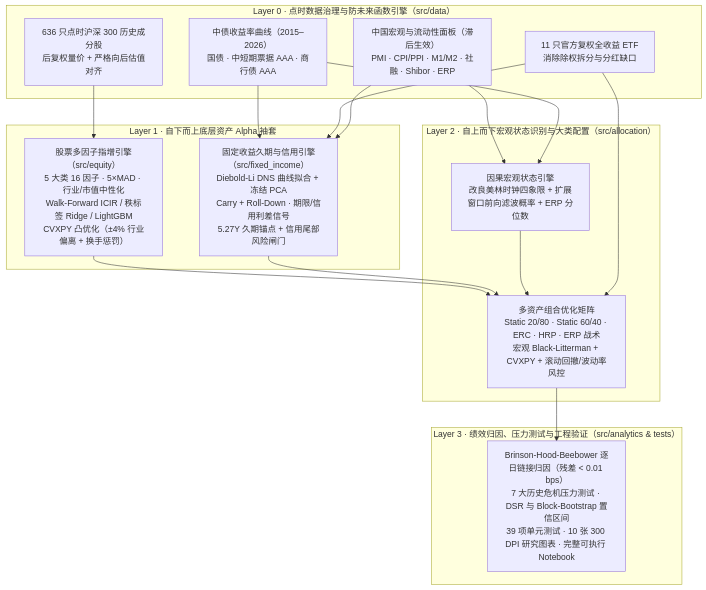
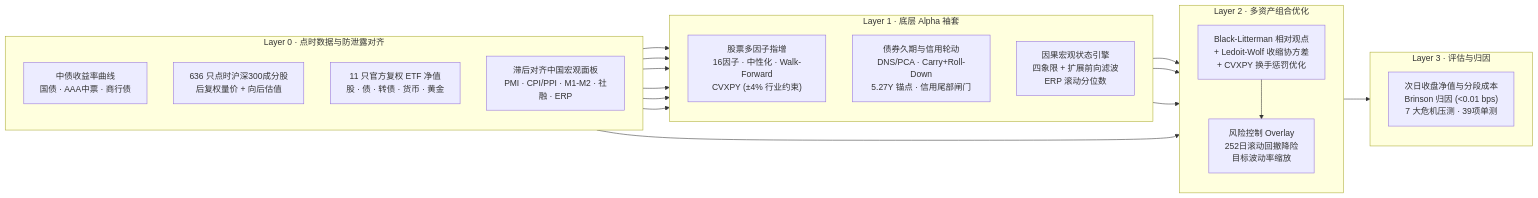
One commit to DRiaton/china-multi-asset-quant changed the diagram in README.md. Above: the diagram before and after it, drawn with Mermaid. The commit also changed other lines of this file and 11 other files, not shown here.

Commit message:
docs(frontend): add bespoke hero banner, streamline README to final release, polish chart titles

````diff
--- a/README.md
+++ b/README.md
@@ -51,35 +79,41 @@
 ```mermaid
-flowchart TD
-    subgraph L0["Layer 0 · 点时数据治理与防未来函数引擎（src/data）"]
-        A1["中债收益率曲线（2015–2026）<br/>国债 · 中短期票据 AAA · 商行债 AAA"]
-        A2["636 只点时沪深 300 历史成分股<br/>后复权量价 + 严格向后估值对齐"]
-        A3["11 只官方复权全收益 ETF<br/>消除除权拆分与分红缺口"]
-        A4["中国宏观与流动性面板（滞后生效）<br/>PMI · CPI/PPI · M1/M2 · 社融 · Shibor · ERP"]
+flowchart LR
+    subgraph DATA["Layer 0 · 点时数据与防泄露对齐"]
+        direction TB
+        D1["中债收益率曲线<br/>国债 · AAA中票 · 商行债"]
+        D2["636 只点时沪深300成分股<br/>后复权量价 + 向后估值"]
+        D3["11 只官方复权 ETF 净值<br/>股 · 债 · 转债 · 货币 · 黄金"]
+        D4["滞后对齐中国宏观面板<br/>PMI · CPI/PPI · M1-M2 · 社融 · ERP"]
     end
 
-    subgraph L1["Layer 1 · 自下而上底层资产 Alpha 袖套"]
-        B1["股票多因子指增引擎（src/equity）<br/>5 大类 16 因子 · 5×MAD · 行业/市值中性化<br/>Walk-Forward ICIR / 秩标签 Ridge / LightGBM<br/>CVXPY 凸优化（±4% 行业偏离 + 换手惩罚）"]
-        B2["固定收益久期与信用引擎（src/fixed_income）<br/>Diebold-Li DNS 曲线拟合 + 冻结 PCA<br/>Carry + Roll-Down · 期限/信用利差信号<br/>5.27Y 久期锚点 + 信用尾部风险闸门"]
+    subgraph SLEEVES["Layer 1 · 底层 Alpha 袖套"]
+        direction TB
+        S1["股票多因子指增<br/>16因子 · 中性化 · Walk-Forward<br/>CVXPY (±4% 行业约束)"]
+        S2["债券久期与信用轮动<br/>DNS/PCA · Carry+Roll-Down<br/>5.27Y 锚点 · 信用尾部闸门"]
+        S3["因果宏观状态引擎<br/>四象限 + 扩展前向滤波<br/>ERP 滚动分位数"]
     end
 
-    subgraph L2["Layer 2 · 自上而下宏观状态识别与大类配置（src/allocation）"]
-        C1["因果宏观状态引擎<br/>改良美林时钟四象限 + 扩展窗口前向滤波概率 + ERP 分位数"]
-        C2["多资产组合优化矩阵<br/>Static 20/80 · Static 60/40 · ERC · HRP · ERP 战术<br/>宏观 Black-Litterman + CVXPY + 滚动回撤/波动率风控"]
+    subgraph ALLOC["Layer 2 · 多资产组合优化"]
+        direction TB
+        A1["Black-Litterman 相对观点<br/>+ Ledoit-Wolf 收缩协方差<br/>+ CVXPY 换手惩罚优化"]
+        A2["风险控制 Overlay<br/>252日滚动回撤降险<br/>目标波动率缩放"]
+        A1 --> A2
     end
 
-    subgraph L3["Layer 3 · 绩效归因、压力测试与工程验证（src/analytics & tests）"]
-        D1["Brinson-Hood-Beebower 逐日链接归因（残差 < 0.01 bps）<br/>7 大历史危机压力测试 · DSR 与 Block-Bootstrap 置信区间<br/>39 项单元测试 · 10 张 300 DPI 研究图表 · 完整可执行 Notebook"]
+    subgraph EVAL["Layer 3 · 评估与归因"]
+        direction TB
+        E1["次日收盘净值与分段成本<br/>Brinson 归因 (<0.01 bps)<br/>7 大危机压测 · 39项单测"]
     end
 
-    A2 --> B1
-    A1 --> B2
-    A3 --> B2
-    A4 --> B2
-    A4 --> C1
-    A1 --> C1
-    B1 --> C2
-    B2 --> C2
-    C1 --> C2
-    A3 --> C2
-    C2 --> D1
+    D2 --> S1
+    D1 --> S2
+    D3 --> S2
+    D4 --> S2
+    D4 --> S3
+    D1 --> S3
+    S1 --> A1
+    S2 --> A1
+    S3 --> A1
+    D3 --> A1
+    A2 --> E1
 ```
````
